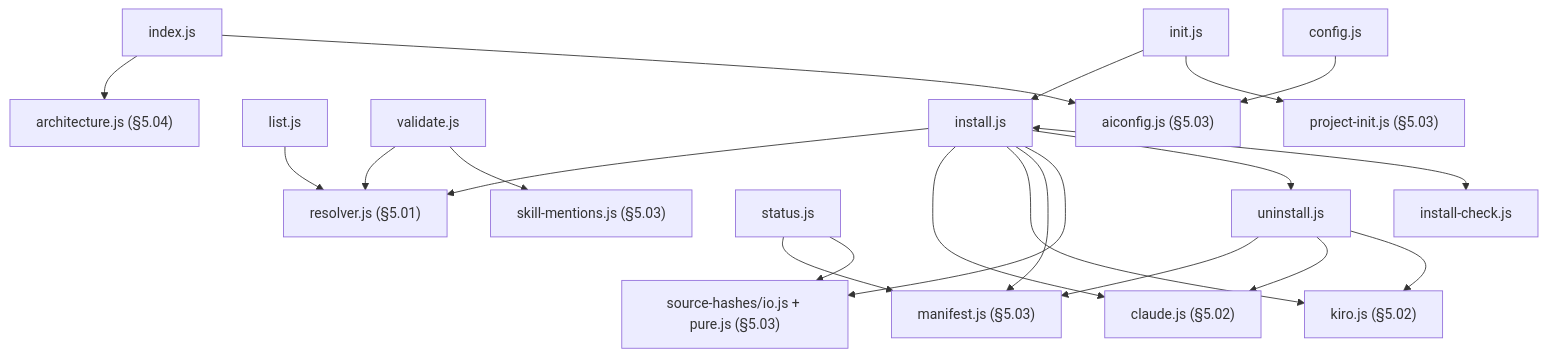
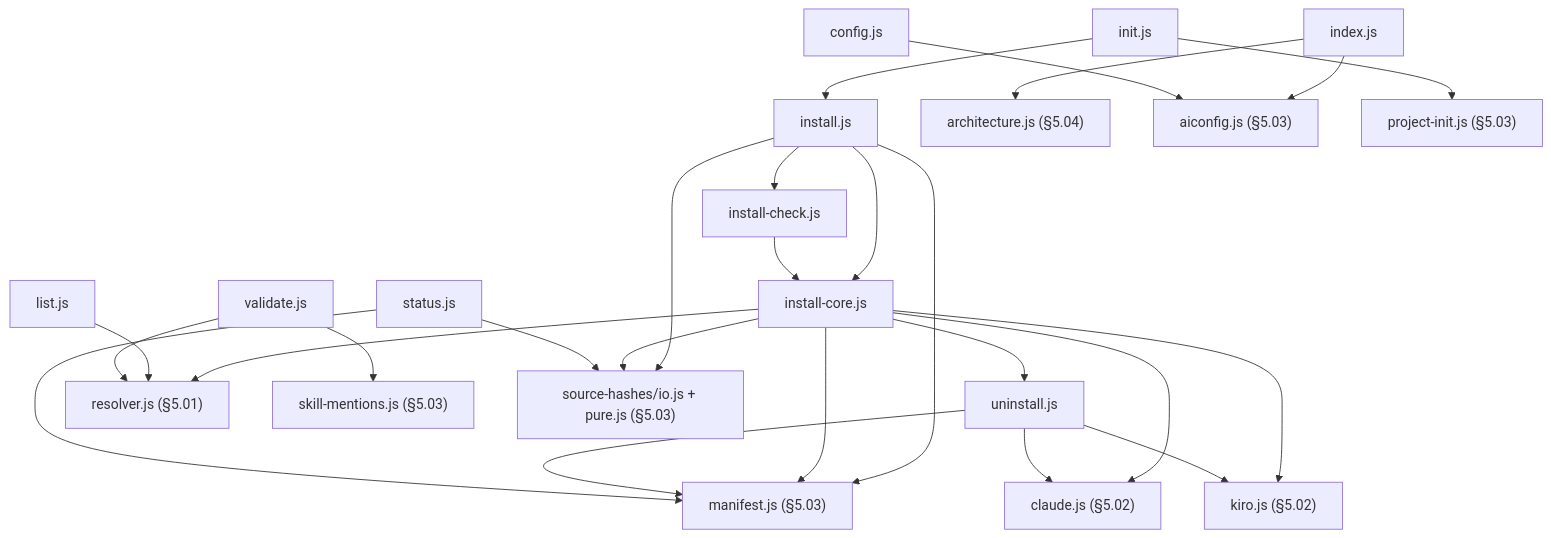
The diagram in docs/architecture/05_05_command_layer.md (starvoxel/ai-foundation), drawn with Mermaid before and after one commit. The commit also changed other lines of this file and 3 other files, not shown here.

First line of the commit message:
Move shared install code to install-core.js, breaking the import cycle

````diff
--- a/docs/architecture/05_05_command_layer.md
+++ b/docs/architecture/05_05_command_layer.md
@@ -25,34 +26,37 @@
 ```mermaid
 graph TD
   Install["install.js"]
+  Core["install-core.js"]
   Check["install-check.js"]
   Uninstall["uninstall.js"]
   Status["status.js"]
   List["list.js"]
   Validate["validate.js"]
   Index["index.js"]
   Init["init.js"]
   Config["config.js"]
 
   Resolver["resolver.js (§5.01)"]
   SkillMentions["skill-mentions.js (§5.03)"]
   Manifest["manifest.js (§5.03)"]
   HashLib["source-hashes/io.js + pure.js (§5.03)"]
   Architecture["architecture.js (§5.04)"]
   AiConfig["aiconfig.js (§5.03)"]
   ProjInit["project-init.js (§5.03)"]
   Claude["claude.js (§5.02)"]
   Kiro["kiro.js (§5.02)"]
 
-  Install --> Resolver & Claude & Kiro & Manifest & HashLib
+  Install --> Core & Manifest & HashLib
+  Core --> Resolver & Claude & Kiro & Manifest & HashLib
   Uninstall --> Manifest & Claude & Kiro
-  Install --> Uninstall
-  Install <--> Check
+  Core --> Uninstall
+  Install --> Check
+  Check --> Core
   Init --> Install
   Status --> Manifest & HashLib
   List --> Resolver
   Validate --> Resolver & SkillMentions
   Index --> Architecture & AiConfig
   Init --> ProjInit
   Config --> AiConfig
 ```
````
